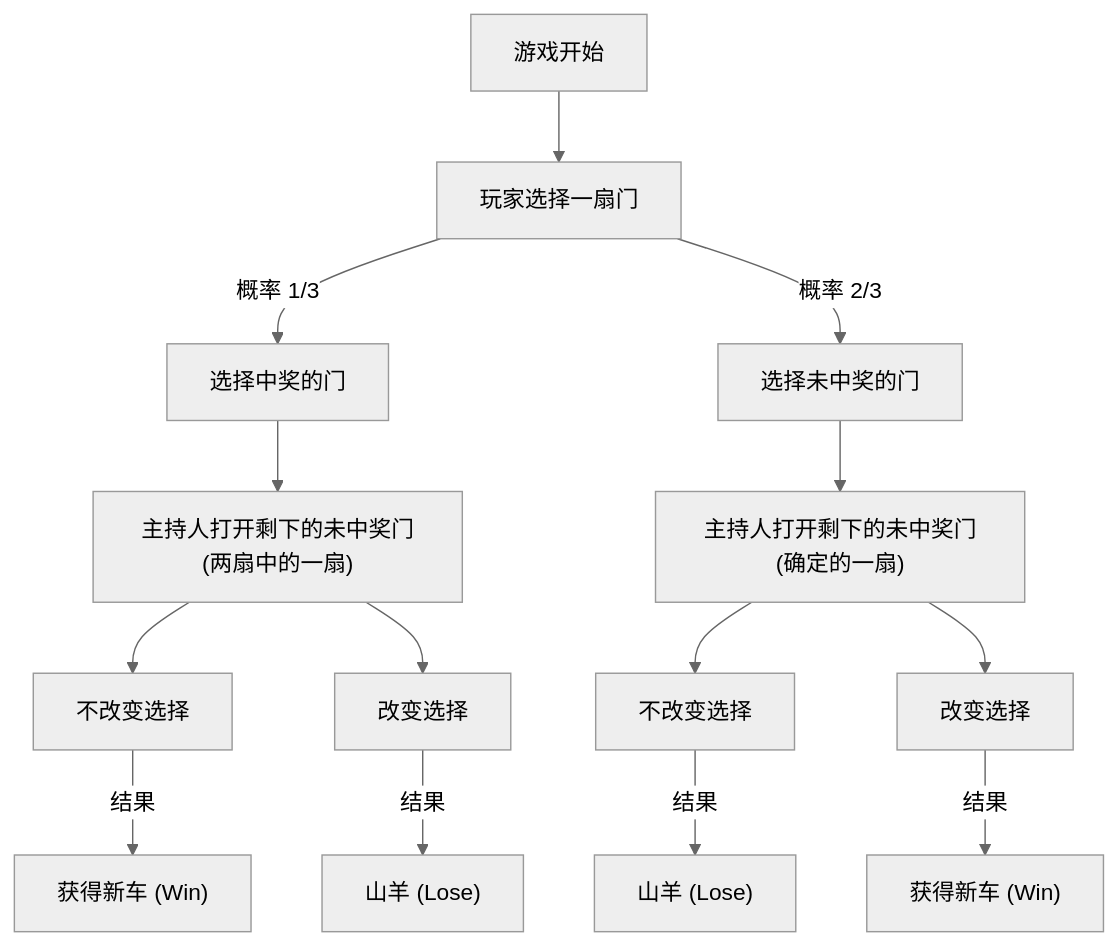
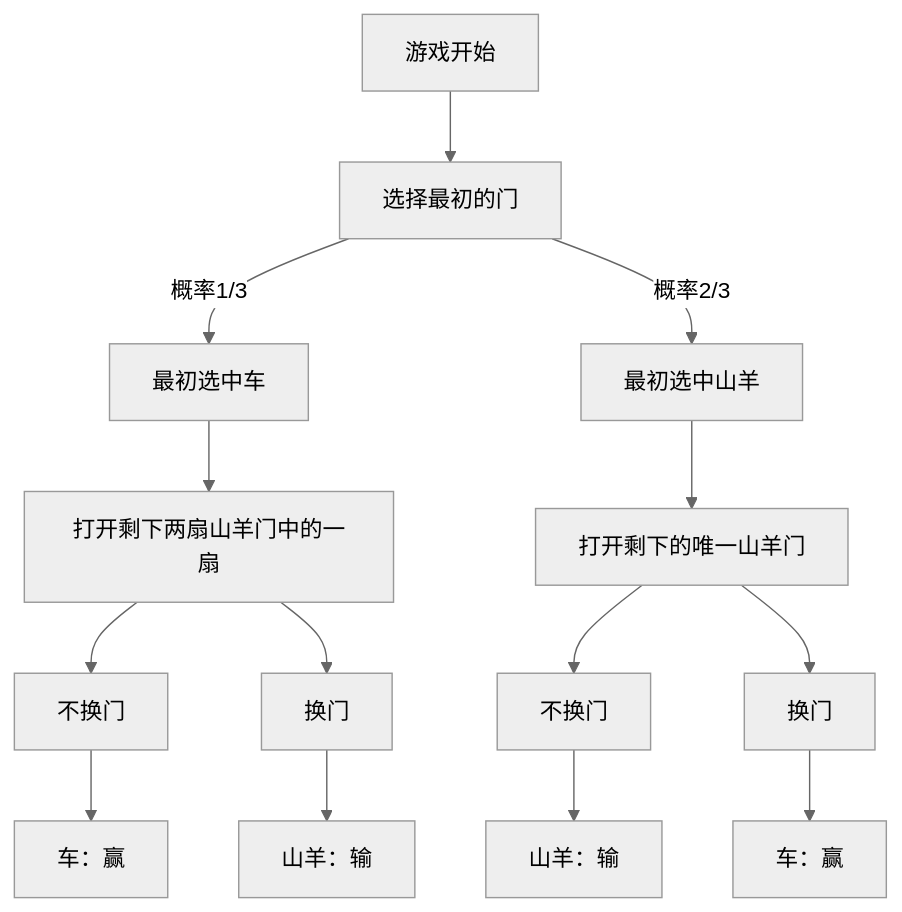
One commit to kenjinote/blog changed the first of 2 diagrams in content/post/paradox-monty-hall-problem/index.zh-cn.md. Above: the diagram before and after it, drawn with Mermaid (neutral theme). The commit also changed other lines of this file and 8 other files, not shown here.

````diff
--- a/content/post/paradox-monty-hall-problem/index.zh-cn.md
+++ b/content/post/paradox-monty-hall-problem/index.zh-cn.md
@@ -97,21 +53,16 @@
 ```mermaid
 flowchart TD
-    Start["游戏开始"] --> Choose["玩家选择一扇门"]
-    Choose -- "概率 1/3" --> ChooseCar["选择中奖的门"]
-    Choose -- "概率 2/3" --> ChooseGoat["选择未中奖的门"]
-    
-    ChooseCar --> MontyOpensGoat1["主持人打开剩下的未中奖门(两扇中的一扇)"]
-    ChooseGoat --> MontyOpensGoat2["主持人打开剩下的未中奖门(确定的一扇)"]
-    
-    MontyOpensGoat1 --> Stay1["不改变选择"]
-    MontyOpensGoat1 --> Switch1["改变选择"]
-    
-    MontyOpensGoat2 --> Stay2["不改变选择"]
-    MontyOpensGoat2 --> Switch2["改变选择"]
-    
-    Stay1 -- "结果" --> Win1["获得新车 (Win)"]
-    Switch1 -- "结果" --> Lose1["山羊 (Lose)"]
-    
-    Stay2 -- "结果" --> Lose2["山羊 (Lose)"]
-    Switch2 -- "结果" --> Win2["获得新车 (Win)"]
+    Start["游戏开始"] --> Choose["选择最初的门"]
+    Choose -- "概率1/3" --> ChooseCar["最初选中车"]
+    Choose -- "概率2/3" --> ChooseGoat["最初选中山羊"]
+    ChooseCar --> MontyOpensGoat1["打开剩下两扇山羊门中的一扇"]
+    ChooseGoat --> MontyOpensGoat2["打开剩下的唯一山羊门"]
+    MontyOpensGoat1 --> Stay1["不换门"]
+    MontyOpensGoat1 --> Switch1["换门"]
+    MontyOpensGoat2 --> Stay2["不换门"]
+    MontyOpensGoat2 --> Switch2["换门"]
+    Stay1 --> Win1["车：赢"]
+    Switch1 --> Lose1["山羊：输"]
+    Stay2 --> Lose2["山羊：输"]
+    Switch2 --> Win2["车：赢"]
 ```
````
